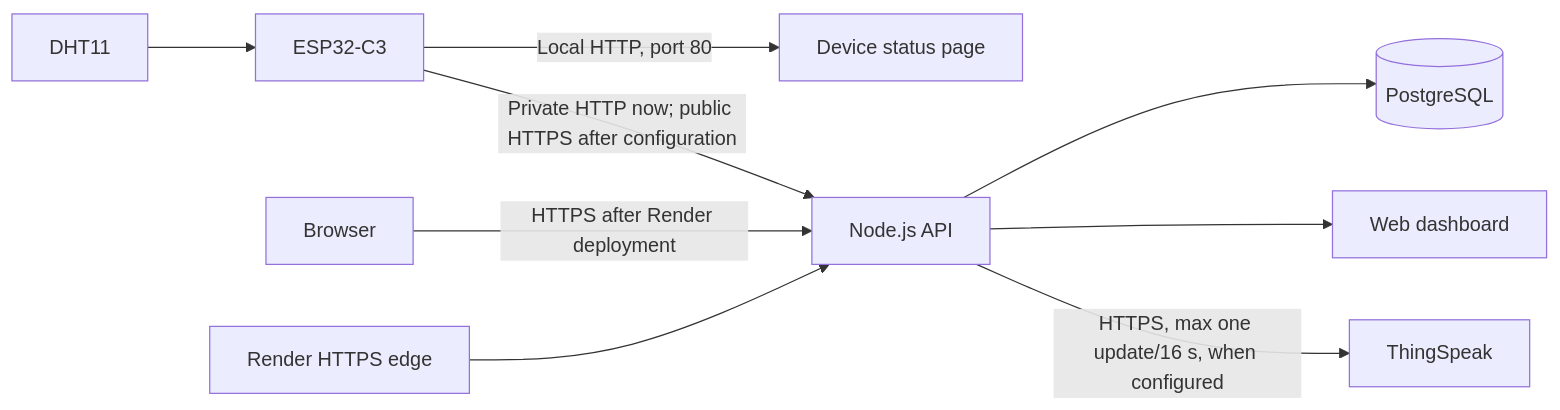
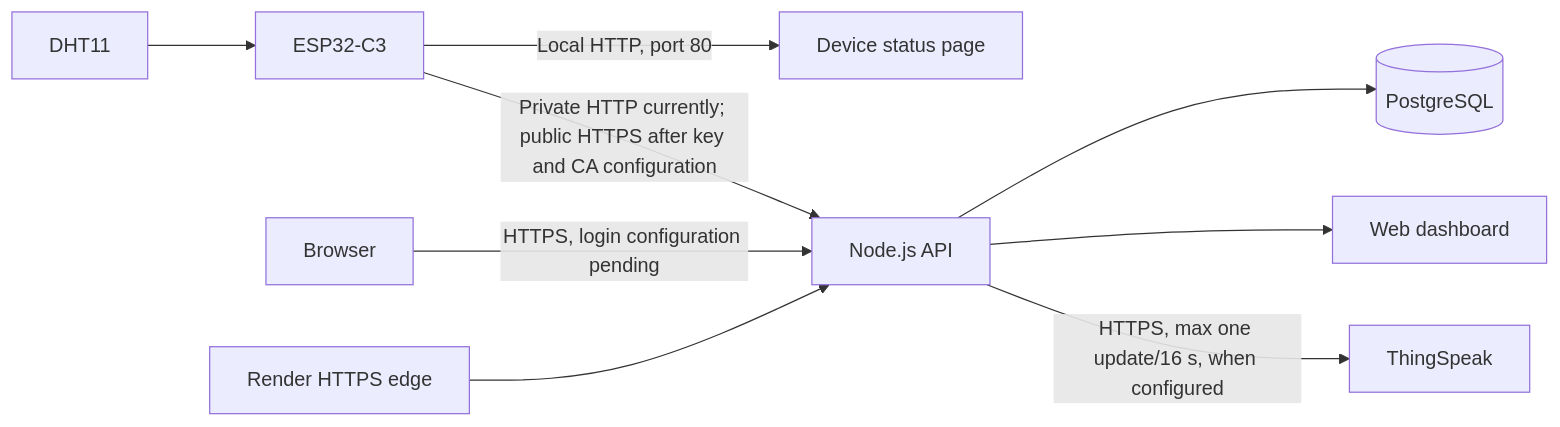
Before and after one commit to JoelsonJose/Monitoramento-de-Temperatura-e-Umidade: the diagram in docs/architecture.md, drawn with Mermaid. The commit also changed other lines of this file and 5 other files, not shown here.

Commit message:
Document live Render deployment and remaining setup

````diff
--- a/docs/architecture.md
+++ b/docs/architecture.md
@@ -3,11 +3,11 @@
 ```mermaid
 flowchart LR
   DHT11 --> ESP[ESP32-C3]
   ESP -->|Local HTTP, port 80| WEB[Device status page]
-  ESP -->|Private HTTP now; public HTTPS after configuration| API[Node.js API]
+  ESP -->|Private HTTP currently; public HTTPS after key and CA configuration| API[Node.js API]
   API --> DB[(PostgreSQL)]
-  Browser -->|HTTPS after Render deployment| API
+  Browser -->|HTTPS, login configuration pending| API
   API --> DASH[Web dashboard]
   RENDER[Render HTTPS edge] --> API
   API -->|HTTPS, max one update/16 s, when configured| TS[ThingSpeak]
 ```
````
